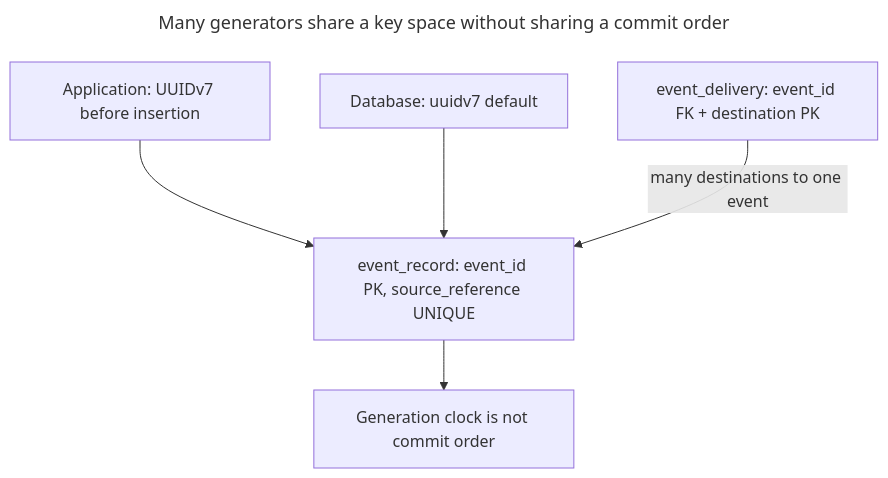
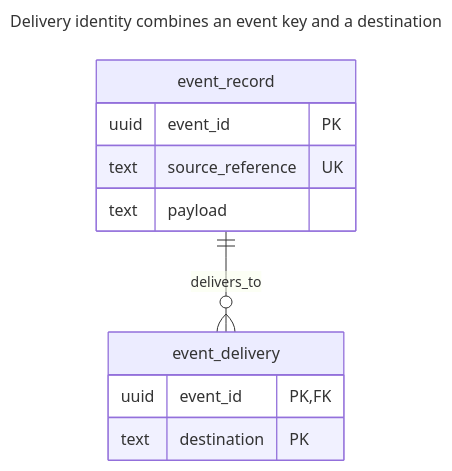
The second of 4 diagrams in book/en/time-ordered-identifier.md (mokevnin/database-design-patterns), drawn with Mermaid before and after one commit. The commit also changed other lines of this file and 13 other files, not shown here.

First line of the commit message:
docs: add ER and other diagrams to the first fourteen chapters

````diff
--- a/book/en/time-ordered-identifier.md
+++ b/book/en/time-ordered-identifier.md
@@ -47,15 +65,18 @@
 ```mermaid
 ---
-title: Many generators share a key space without sharing a commit order
+title: Delivery identity combines an event key and a destination
 ---
-flowchart TB
-  app["Application: UUIDv7 before insertion"]:::muted
-  db["Database: uuidv7 default"]:::muted
-  event["event_record: event_id PK, source_reference UNIQUE"]:::accent
-  delivery["event_delivery: event_id FK + destination PK"]:::accent
-  clock["Generation clock is not commit order"]:::warn
-  app --> event
-  db --> event
-  delivery -->|many destinations to one event| event
-  event --> clock
+erDiagram
+  event_record ||--o{ event_delivery : delivers_to
+  event_record {
+    uuid event_id PK
+    text source_reference UK
+    text payload
+  }
+  event_delivery {
+    uuid event_id PK, FK
+    text destination PK
+  }
+  class event_record accent
+  class event_delivery muted
 ```
````
